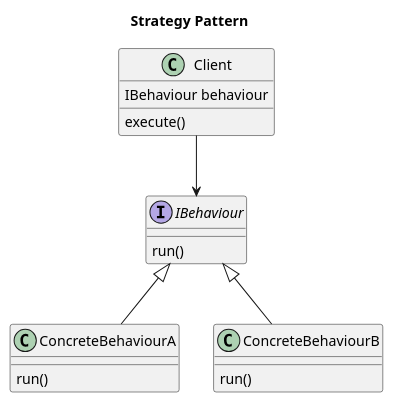
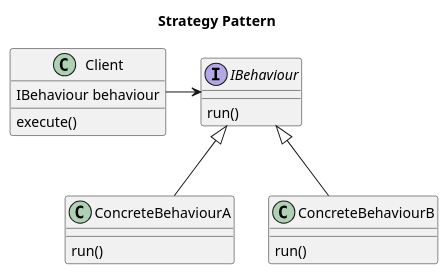
The diagram in strategy/doc/explaination.puml (nsanitate/design-pattern), drawn with PlantUML before and after one commit. The commit also changed 1 other file, not shown here.

Commit message:
fix(strategy): fixed uml diagrams

```diff
--- a/strategy/doc/explaination.puml
+++ b/strategy/doc/explaination.puml
@@ -1,23 +1,23 @@
 @startuml Strategy Pattern
 title Strategy Pattern
 class Client {
     IBehaviour behaviour
     execute()
 }
 
 interface IBehaviour {
     run()
 }
 
 class ConcreteBehaviourA {
     run()
 }
 
 class ConcreteBehaviourB {
     run()
 }
 
-Client --> IBehaviour
+Client -> IBehaviour
 IBehaviour <|-- ConcreteBehaviourA
 IBehaviour <|-- ConcreteBehaviourB
 @enduml
```
